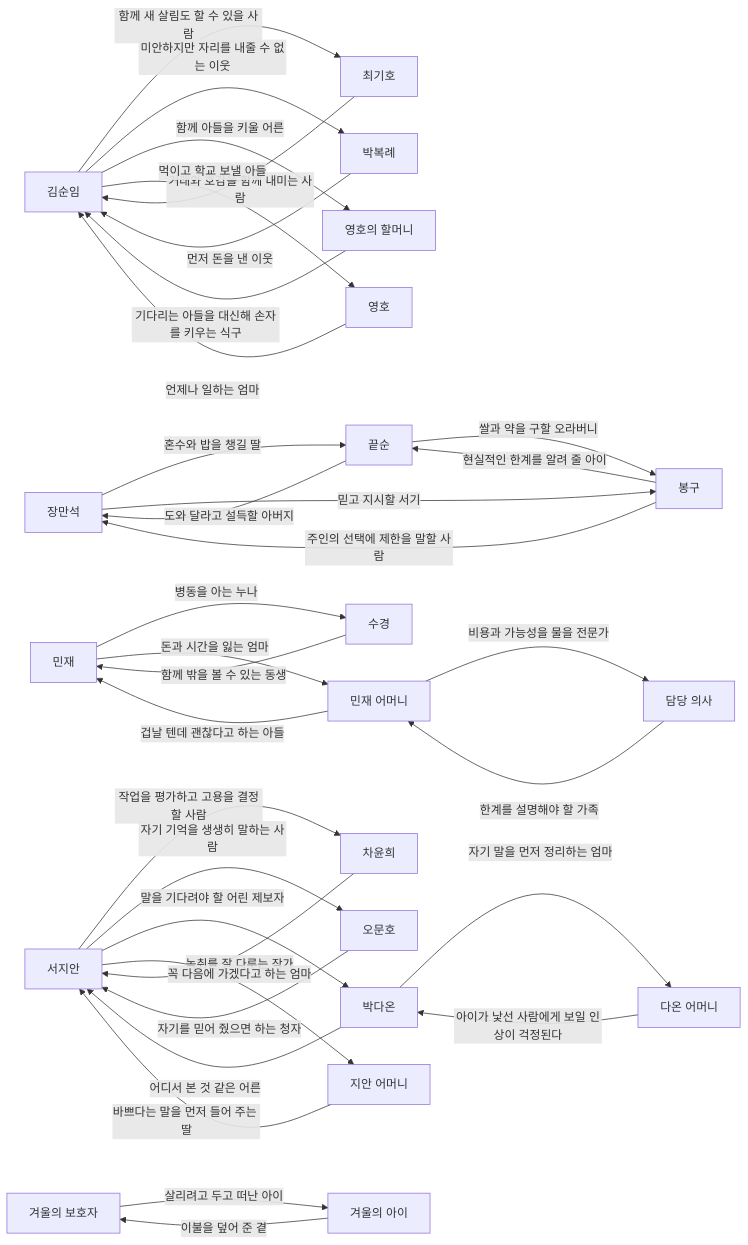
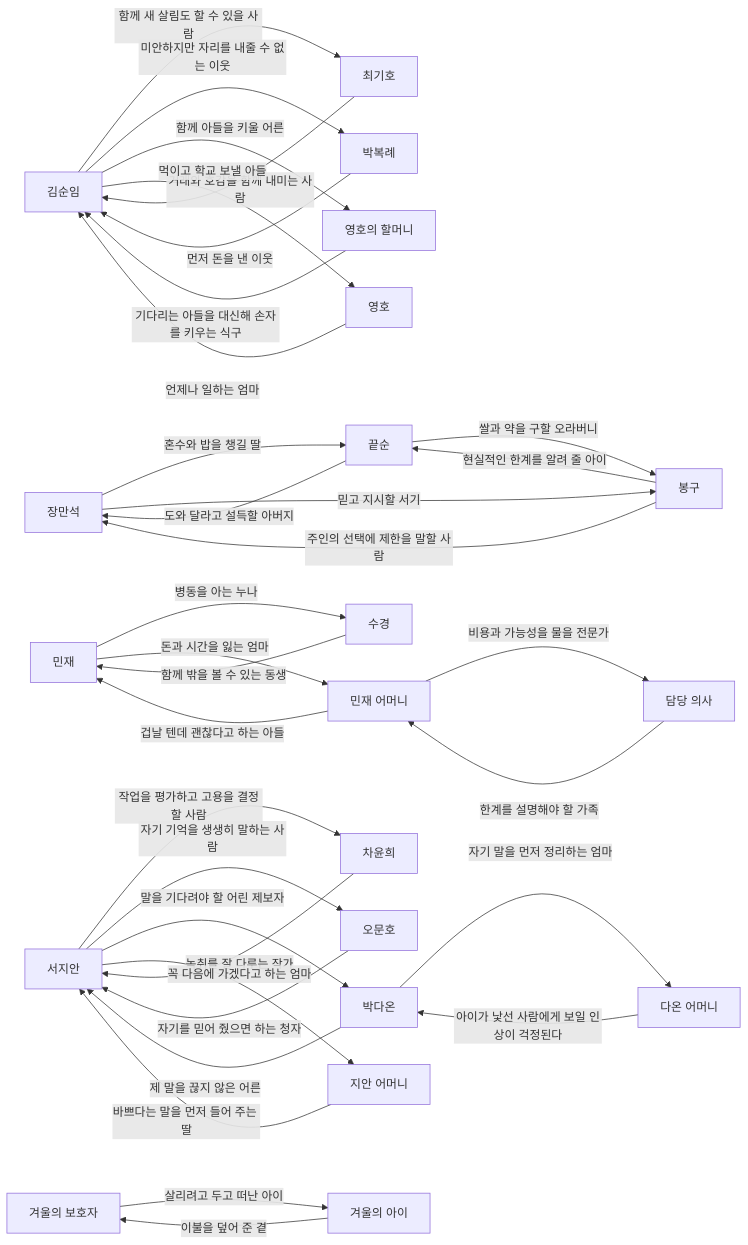
The first of 6 diagrams in docs/narrative/relationships.ko.md (uiwwsw/yavn), drawn with Mermaid before and after one commit. The commit also changed 10 other files, not shown here.

````diff
--- a/docs/narrative/relationships.ko.md
+++ b/docs/narrative/relationships.ko.md
@@ -9,55 +9,55 @@
 ```mermaid
 graph LR
   p0["장만석"]
   p1["끝순"]
   p2["봉구"]
   p3["김순임"]
   p4["최기호"]
   p5["박복례"]
   p6["영호의 할머니"]
   p7["영호"]
   p8["민재"]
   p9["수경"]
   p10["민재 어머니"]
   p11["담당 의사"]
   p12["서지안"]
   p13["지안 어머니"]
   p14["차윤희"]
   p15["오문호"]
   p16["박다온"]
   p17["다온 어머니"]
   p18["겨울의 보호자"]
   p19["겨울의 아이"]
   p0 -->|"혼수와 밥을 챙길 딸"| p1
   p1 -->|"도와 달라고 설득할 아버지"| p0
   p0 -->|"믿고 지시할 서기"| p2
   p2 -->|"주인의 선택에 제한을 말할 사람"| p0
   p2 -->|"현실적인 한계를 알려 줄 아이"| p1
   p1 -->|"쌀과 약을 구할 오라버니"| p2
   p3 -->|"함께 새 살림도 할 수 있을 사람"| p4
   p4 -->|"거래와 호감을 함께 내미는 사람"| p3
   p3 -->|"미안하지만 자리를 내줄 수 없는 이웃"| p5
   p5 -->|"먼저 돈을 낸 이웃"| p3
   p3 -->|"함께 아들을 키울 어른"| p6
   p6 -->|"기다리는 아들을 대신해 손자를 키우는 식구"| p3
   p3 -->|"먹이고 학교 보낼 아들"| p7
   p7 -->|"언제나 일하는 엄마"| p3
   p8 -->|"병동을 아는 누나"| p9
   p9 -->|"함께 밖을 볼 수 있는 동생"| p8
   p8 -->|"돈과 시간을 잃는 엄마"| p10
   p10 -->|"겁날 텐데 괜찮다고 하는 아들"| p8
   p10 -->|"비용과 가능성을 물을 전문가"| p11
   p11 -->|"한계를 설명해야 할 가족"| p10
   p12 -->|"작업을 평가하고 고용을 결정할 사람"| p14
   p14 -->|"녹취를 잘 다루는 작가"| p12
   p12 -->|"자기 기억을 생생히 말하는 사람"| p15
   p15 -->|"자기를 믿어 줬으면 하는 청자"| p12
   p12 -->|"말을 기다려야 할 어린 제보자"| p16
-  p16 -->|"어디서 본 것 같은 어른"| p12
+  p16 -->|"제 말을 끊지 않은 어른"| p12
   p12 -->|"꼭 다음에 가겠다고 하는 엄마"| p13
   p13 -->|"바쁘다는 말을 먼저 들어 주는 딸"| p12
   p16 -->|"자기 말을 먼저 정리하는 엄마"| p17
   p17 -->|"아이가 낯선 사람에게 보일 인상이 걱정된다"| p16
   p18 -->|"살리려고 두고 떠난 아이"| p19
   p19 -->|"이불을 덮어 준 곁"| p18
 ```
````
